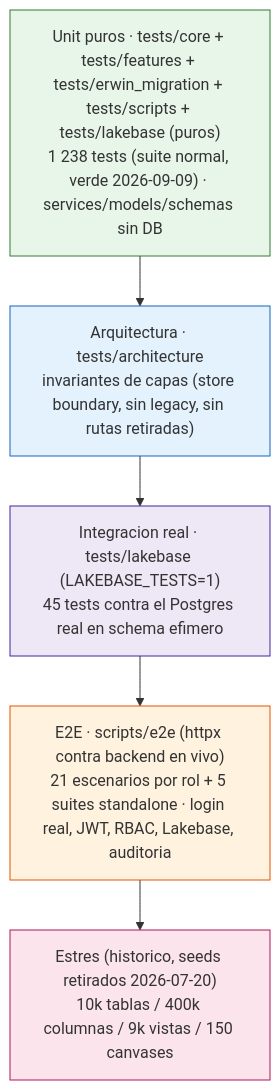
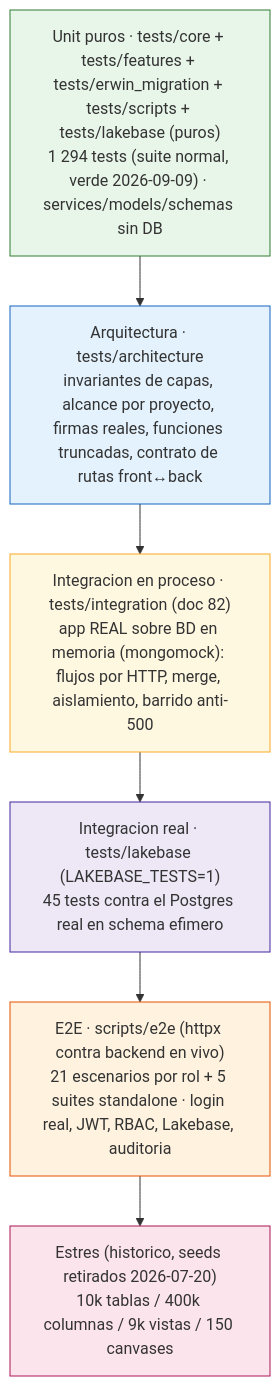
The first of 6 diagrams in doc/testing.md (Carlosmps97/backend-data-model-hub), drawn with Mermaid before and after one commit. The commit also changed other lines of this file and 29 other files, not shown here.

````diff
--- a/doc/testing.md
+++ b/doc/testing.md
@@ -21,16 +21,18 @@
 ```mermaid
 flowchart TD
     A["Estres (historico, seeds retirados 2026-07-20)<br/>10k tablas / 400k columnas / 9k vistas / 150 canvases"]
     B["E2E · scripts/e2e (httpx contra backend en vivo)<br/>21 escenarios por rol + 5 suites standalone · login real, JWT, RBAC, Lakebase, auditoria"]
     L["Integracion real · tests/lakebase (LAKEBASE_TESTS=1)<br/>45 tests contra el Postgres real en schema efimero"]
-    C["Arquitectura · tests/architecture<br/>invariantes de capas (store boundary, sin legacy, sin rutas retiradas)"]
-    D["Unit puros · tests/core + tests/features + tests/erwin_migration + tests/scripts + tests/lakebase (puros)<br/>1 238 tests (suite normal, verde 2026-09-09) · services/models/schemas sin DB"]
+    I["Integracion en proceso · tests/integration (doc 82)<br/>app REAL sobre BD en memoria (mongomock): flujos por HTTP, merge, aislamiento, barrido anti-500"]
+    C["Arquitectura · tests/architecture<br/>invariantes de capas, alcance por proyecto, firmas reales, funciones truncadas, contrato de rutas front↔back"]
+    D["Unit puros · tests/core + tests/features + tests/erwin_migration + tests/scripts + tests/lakebase (puros)<br/>1 294 tests (suite normal, verde 2026-09-09) · services/models/schemas sin DB"]
 
-    D --> C --> L --> B --> A
+    D --> C --> I --> L --> B --> A
 
     style D fill:#e8f5e9,stroke:#2e7d32
     style C fill:#e3f2fd,stroke:#1565c0
+    style I fill:#fff8e1,stroke:#f9a825
     style L fill:#ede7f6,stroke:#4527a0
     style B fill:#fff3e0,stroke:#e65100
     style A fill:#fce4ec,stroke:#ad1457
 ```
````
